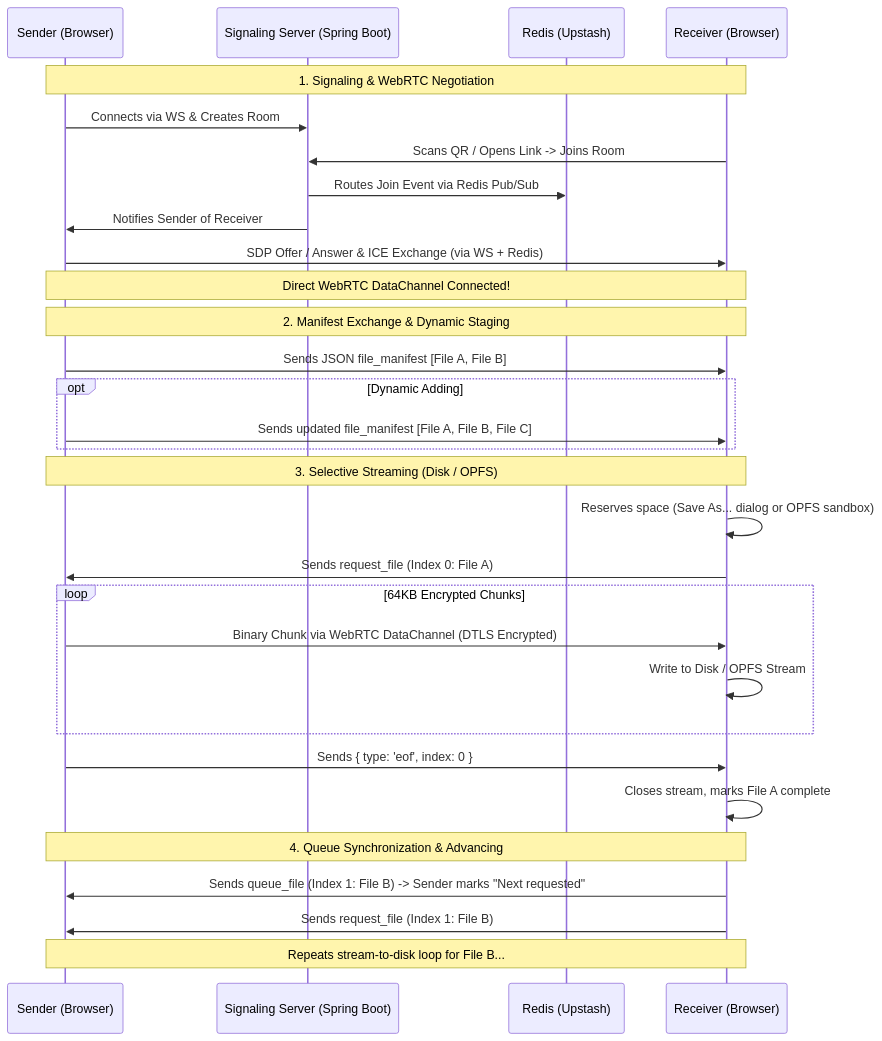
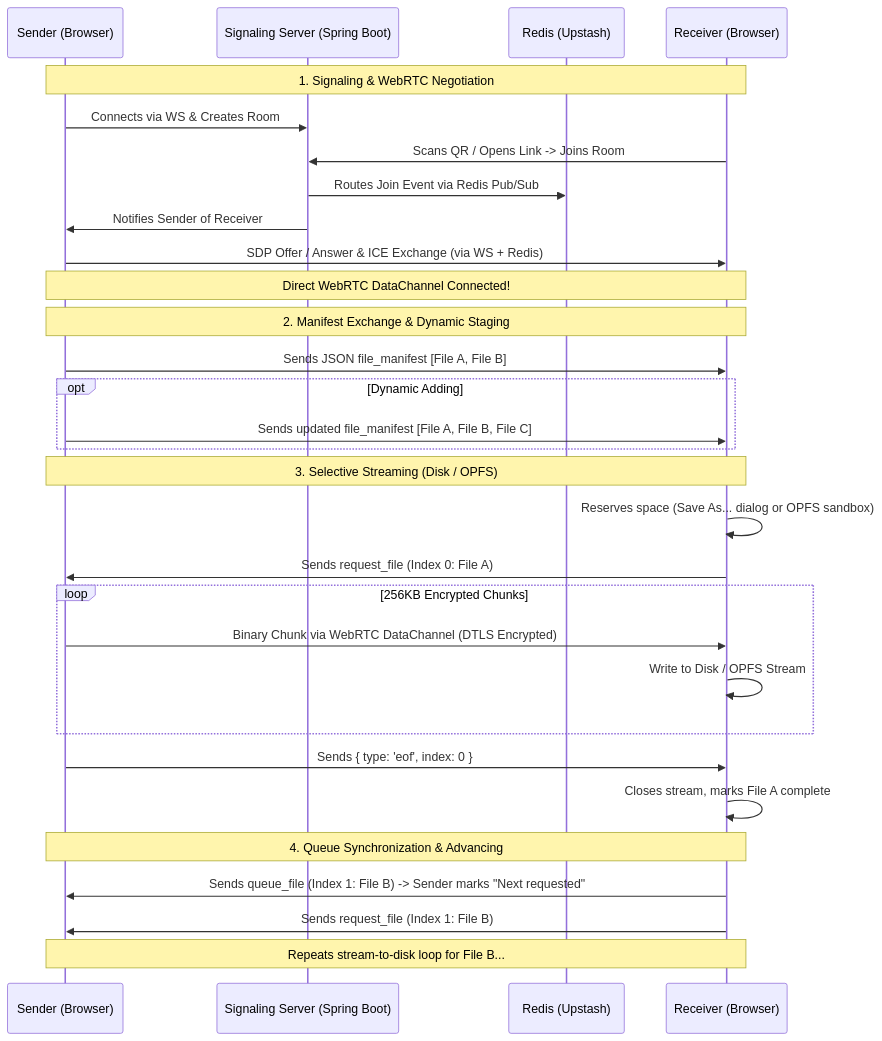
Before and after one commit to Utkarsh-Awasthi08/PeerLink: the diagram in README.md, drawn with Mermaid. The commit also changed other lines of this file, not shown here.

````diff
--- a/README.md
+++ b/README.md
@@ -73,36 +73,36 @@
 ```mermaid
 sequenceDiagram
     participant S as Sender (Browser)
     participant B as Signaling Server (Spring Boot)
     participant R as Redis (Upstash)
     participant C as Receiver (Browser)
 
     Note over S,C: 1. Signaling & WebRTC Negotiation
     S->>B: Connects via WS & Creates Room
     C->>B: Scans QR / Opens Link -> Joins Room
     B->>R: Routes Join Event via Redis Pub/Sub
     B->>S: Notifies Sender of Receiver
     S->>C: SDP Offer / Answer & ICE Exchange (via WS + Redis)
     Note over S,C: Direct WebRTC DataChannel Connected!
 
     Note over S,C: 2. Manifest Exchange & Dynamic Staging
     S->>C: Sends JSON file_manifest [File A, File B]
     opt Dynamic Adding
         S->>C: Sends updated file_manifest [File A, File B, File C]
     end
     
     Note over S,C: 3. Selective Streaming (Disk / OPFS)
     C->>C: Reserves space (Save As... dialog or OPFS sandbox)
     C->>S: Sends request_file (Index 0: File A)
-    loop 64KB Encrypted Chunks
+    loop 256KB Encrypted Chunks
         S->>C: Binary Chunk via WebRTC DataChannel (DTLS Encrypted)
         C->>C: Write to Disk / OPFS Stream
     end
     S->>C: Sends { type: 'eof', index: 0 }
     C->>C: Closes stream, marks File A complete
 
     Note over S,C: 4. Queue Synchronization & Advancing
     C->>S: Sends queue_file (Index 1: File B) -> Sender marks "Next requested"
     C->>S: Sends request_file (Index 1: File B)
     Note over S,C: Repeats stream-to-disk loop for File B...
 ```
````
